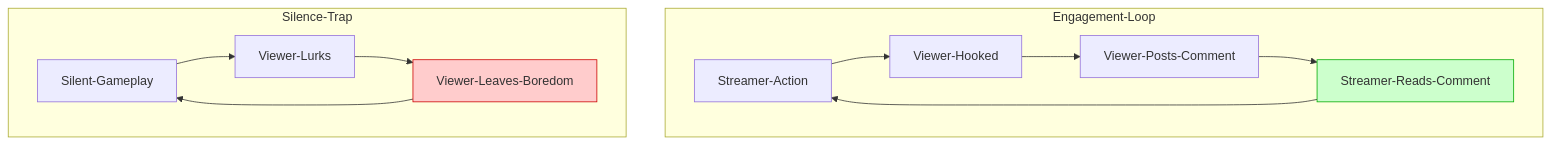
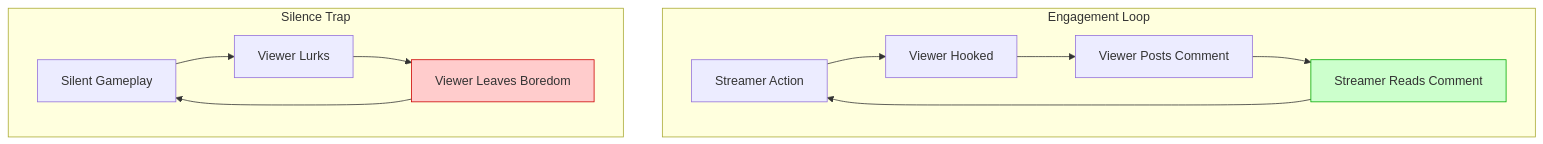
One commit to littl3-boat/ttwise changed the diagram in data/blog/tiktok-live-gaming-chat-engagement-fix-2026.mdx. Above: the diagram before and after it, drawn with Mermaid. The commit also changed 68 other files, not shown here.

Commit message:
feat: fix Mermaid syntax across blogs and add new posts for quality penalty and empty view trap

````diff
--- a/data/blog/tiktok-live-gaming-chat-engagement-fix-2026.mdx
+++ b/data/blog/tiktok-live-gaming-chat-engagement-fix-2026.mdx
@@ -22,18 +22,18 @@
 ```mermaid
 flowchart TD
-    subgraph Engagement-Loop
-        A[Streamer-Action] --> B[Viewer-Hooked]
-        B --> C[Viewer-Posts-Comment]
-        C --> D[Streamer-Reads-Comment]
+    subgraph EngagementLoop ["Engagement Loop"]
+        A["Streamer Action"] --> B["Viewer Hooked"]
+        B --> C["Viewer Posts Comment"]
+        C --> D["Streamer Reads Comment"]
         D --> A
     end
     
-    subgraph Silence-Trap
-        E[Silent-Gameplay] --> F[Viewer-Lurks]
-        F --> G[Viewer-Leaves-Boredom]
+    subgraph SilenceTrap ["Silence Trap"]
+        E["Silent Gameplay"] --> F["Viewer Lurks"]
+        F --> G["Viewer Leaves Boredom"]
         G --> E
     end
     
     style D fill:#ccffcc,stroke:#00aa00
     style G fill:#ffcccc,stroke:#cc0000
 ```
````
